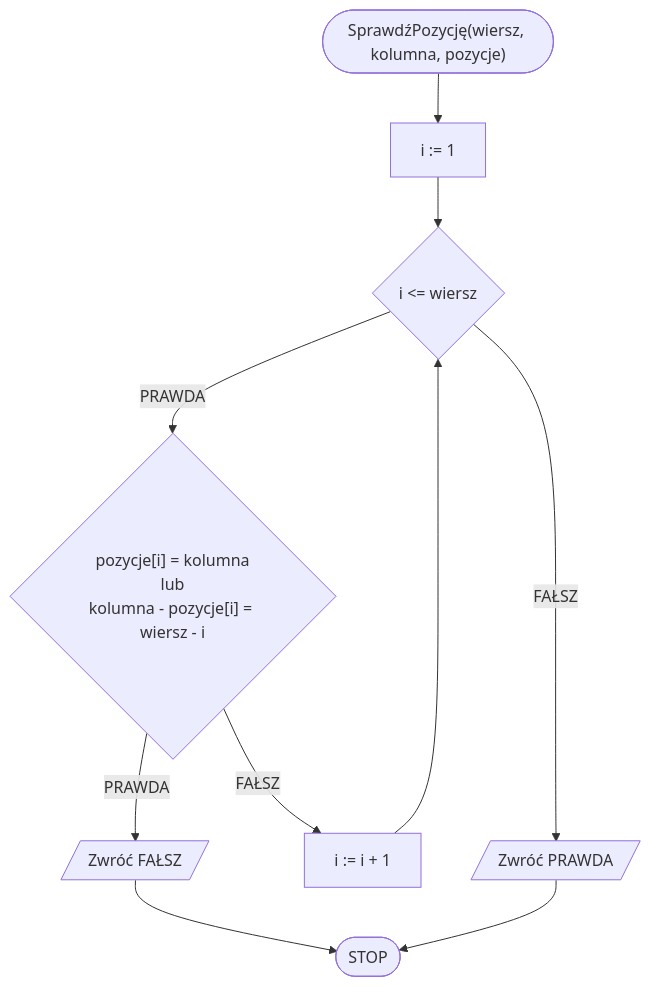
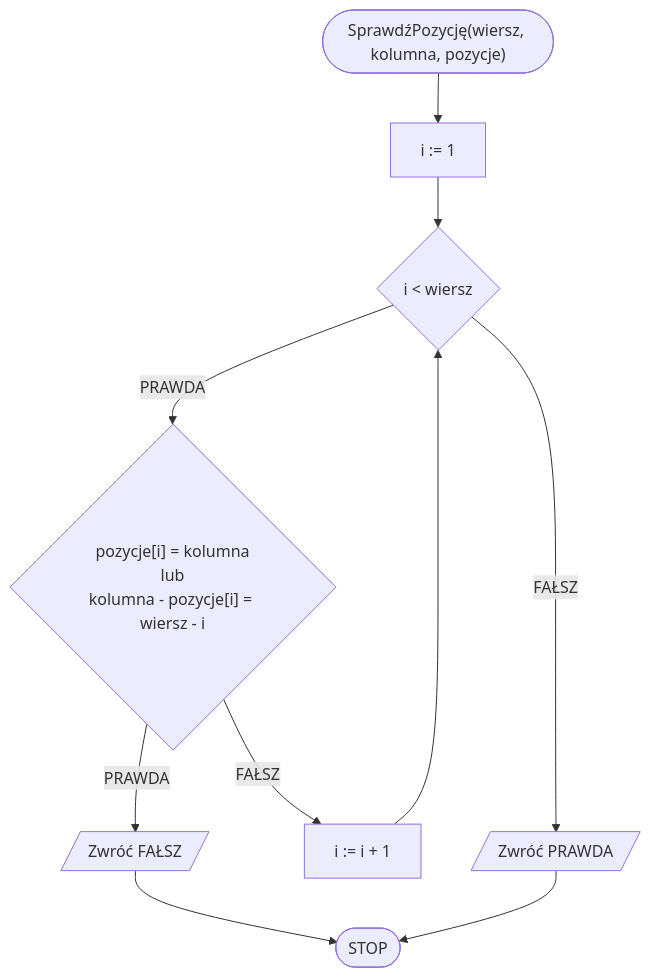
The first of 2 diagrams in algorithms/backtracking/n-queens.md (blackbat13/cs-htiew-gitbook), drawn with Mermaid before and after one commit. The commit also changed other lines of this file, not shown here.

````diff
--- a/algorithms/backtracking/n-queens.md
+++ b/algorithms/backtracking/n-queens.md
@@ -40,12 +48,12 @@
 ```mermaid
 flowchart TD
     START(["SprawdźPozycję(wiersz, kolumna, pozycje)"]) --> K0[i := 1]
-    K0 --> K1{i <= wiersz}
+    K0 --> K1{i < wiersz}
     K1 -- PRAWDA --> K2{"pozycje[i] = kolumna\nlub\nkolumna - pozycje[i] = wiersz - i"}
     K2 -- PRAWDA --> K3[/Zwróć FAŁSZ/]
     K2 -- FAŁSZ --> K1i[i := i + 1]
     K1i --> K1
     K1 -- FAŁSZ --> K4[/Zwróć PRAWDA/]
     K3 --> STOP([STOP])
     K4 --> STOP
 ```
````
